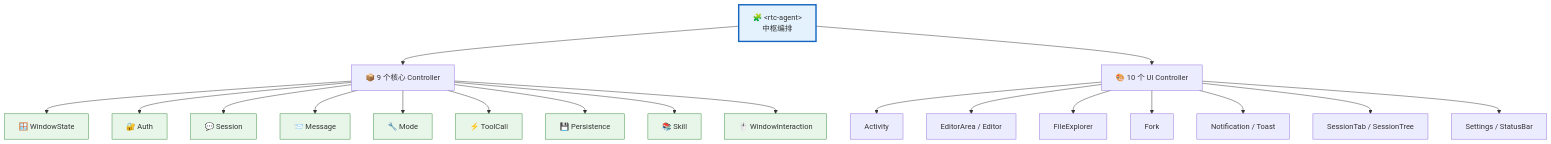
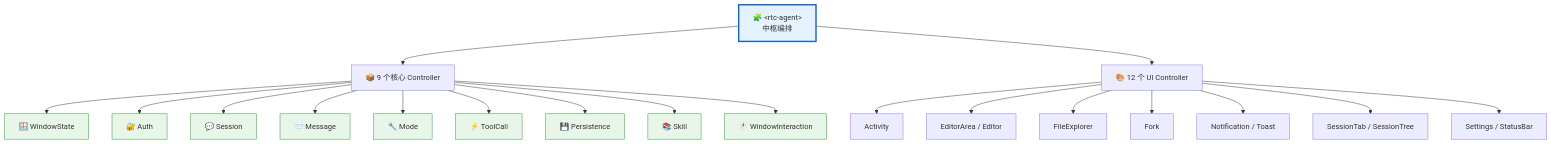
Before and after one commit to rtc-agent/docs: the fifth of 7 diagrams in src/content/docs/integration/component-api.md, drawn with Mermaid. The commit also changed other lines of this file and 10 other files, not shown here.

````diff
--- a/src/content/docs/integration/component-api.md
+++ b/src/content/docs/integration/component-api.md
@@ -280,34 +280,34 @@
 ```mermaid
 flowchart TD
     ROOT["🧩 &lt;rtc-agent&gt;<br/>中枢编排"] --> CORE["📦 9 个核心 Controller"]
-    ROOT --> UI["🎨 10 个 UI Controller"]
+    ROOT --> UI["🎨 12 个 UI Controller"]
 
     CORE --> C1["🪟 WindowState"]
     CORE --> C2["🔐 Auth"]
     CORE --> C3["💬 Session"]
     CORE --> C4["📨 Message"]
     CORE --> C5["🔧 Mode"]
     CORE --> C6["⚡ ToolCall"]
     CORE --> C7["💾 Persistence"]
     CORE --> C8["📚 Skill"]
     CORE --> C9["🖱️ WindowInteraction"]
 
     UI --> U1["Activity"]
     UI --> U2["EditorArea / Editor"]
     UI --> U3["FileExplorer"]
     UI --> U4["Fork"]
     UI --> U5["Notification / Toast"]
     UI --> U6["SessionTab / SessionTree"]
     UI --> U7["Settings / StatusBar"]
 
     style ROOT fill:#e3f2fd,stroke:#1565c0,stroke-width:3px
     style C1 fill:#e8f5e9,stroke:#388e3c
     style C2 fill:#e8f5e9,stroke:#388e3c
     style C3 fill:#e8f5e9,stroke:#388e3c
     style C4 fill:#e8f5e9,stroke:#388e3c
     style C5 fill:#e8f5e9,stroke:#388e3c
     style C6 fill:#e8f5e9,stroke:#388e3c
     style C7 fill:#e8f5e9,stroke:#388e3c
     style C8 fill:#e8f5e9,stroke:#388e3c
     style C9 fill:#e8f5e9,stroke:#388e3c
 ```
````
